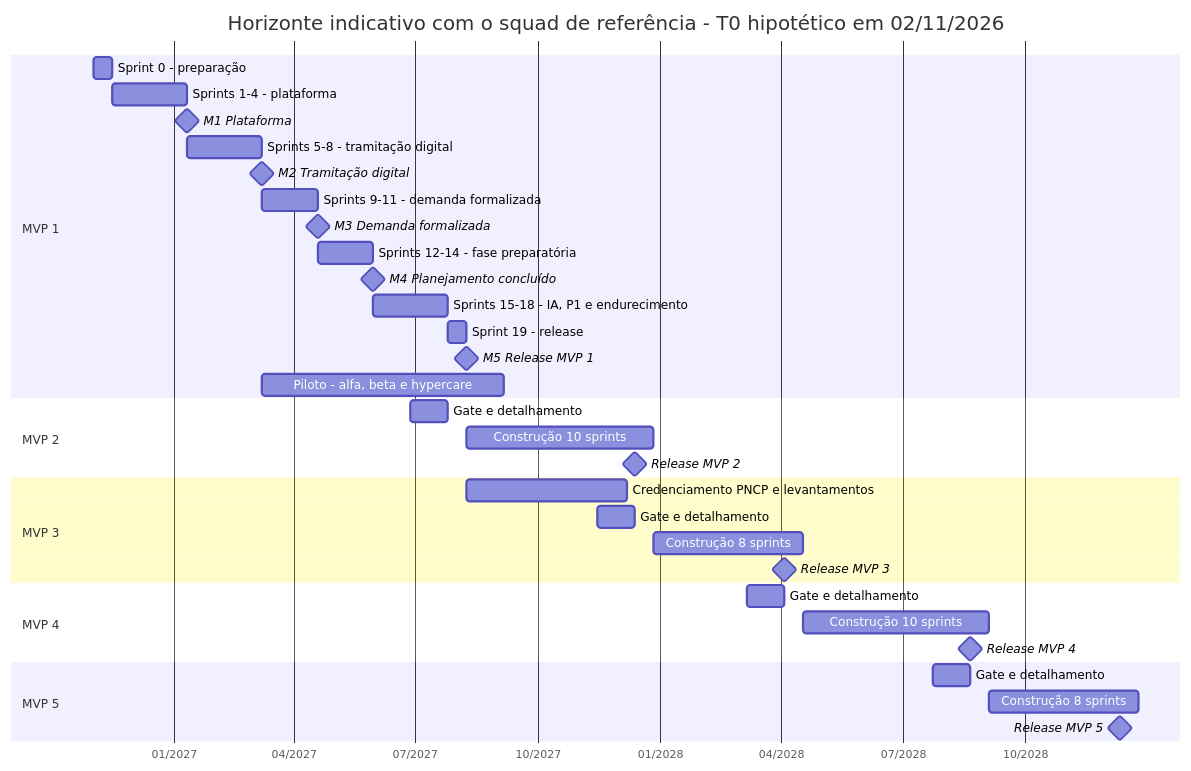
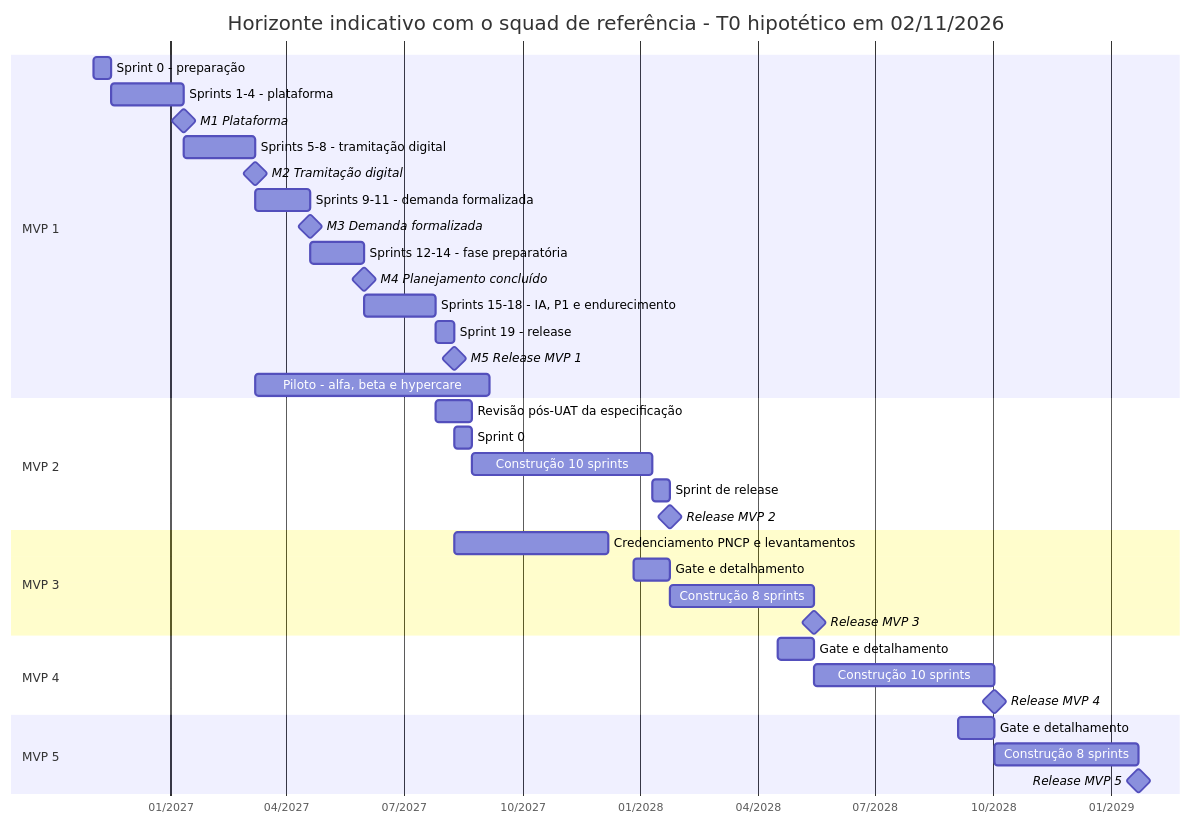
The second of 3 diagrams in docs/product/roadmap.md (contrataflow/contrataflow), drawn with Mermaid before and after one commit. The commit also changed other lines of this file and 36 other files, not shown here.

First line of the commit message:
docs(docs): plano de entrega, riscos, release e fechamento da especificação do MVP 2

````diff
--- a/docs/product/roadmap.md
+++ b/docs/product/roadmap.md
@@ -650,37 +660,39 @@
 ```mermaid
 gantt
     title Horizonte indicativo com o squad de referência - T0 hipotético em 02/11/2026
     dateFormat YYYY-MM-DD
     axisFormat %m/%Y
     section MVP 1
     Sprint 0 - preparação                :s0, 2026-11-02, 14d
     Sprints 1-4 - plataforma             :m1a, after s0, 56d
     M1 Plataforma                        :milestone, k1, 2027-01-11, 0d
     Sprints 5-8 - tramitação digital     :m1b, after m1a, 56d
     M2 Tramitação digital                :milestone, k2, 2027-03-08, 0d
     Sprints 9-11 - demanda formalizada   :m1c, after m1b, 42d
     M3 Demanda formalizada               :milestone, k3, 2027-04-19, 0d
     Sprints 12-14 - fase preparatória    :m1d, after m1c, 42d
     M4 Planejamento concluído            :milestone, k4, 2027-05-31, 0d
     Sprints 15-18 - IA, P1 e endurecimento :m1e, after m1d, 56d
     Sprint 19 - release                  :m1f, after m1e, 14d
     M5 Release MVP 1                     :milestone, k5, 2027-08-09, 0d
     Piloto - alfa, beta e hypercare      :p1, 2027-03-08, 182d
     section MVP 2
-    Gate e detalhamento                  :g2, 2027-06-28, 28d
-    Construção 10 sprints                :m2, after m1f, 140d
-    Release MVP 2                        :milestone, r2, 2027-12-13, 0d
+    Revisão pós-UAT da especificação     :g2, 2027-07-26, 28d
+    Sprint 0                             :s20, after m1f, 14d
+    Construção 10 sprints                :m2a, after s20, 140d
+    Sprint de release                    :m2, after m2a, 14d
+    Release MVP 2                        :milestone, r2, 2028-01-24, 0d
     section MVP 3
     Credenciamento PNCP e levantamentos  :x3, 2027-08-09, 120d
-    Gate e detalhamento                  :g3, 2027-11-15, 28d
+    Gate e detalhamento                  :g3, 2027-12-27, 28d
     Construção 8 sprints                 :m3, after m2, 112d
-    Release MVP 3                        :milestone, r3, 2028-04-03, 0d
+    Release MVP 3                        :milestone, r3, 2028-05-15, 0d
     section MVP 4
-    Gate e detalhamento                  :g4, 2028-03-06, 28d
+    Gate e detalhamento                  :g4, 2028-04-17, 28d
     Construção 10 sprints                :m4, after m3, 140d
-    Release MVP 4                        :milestone, r4, 2028-08-21, 0d
+    Release MVP 4                        :milestone, r4, 2028-10-02, 0d
     section MVP 5
-    Gate e detalhamento                  :g5, 2028-07-24, 28d
+    Gate e detalhamento                  :g5, 2028-09-04, 28d
     Construção 8 sprints                 :m5, after m4, 112d
-    Release MVP 5                        :milestone, r5, 2028-12-11, 0d
+    Release MVP 5                        :milestone, r5, 2029-01-22, 0d
 ```
````
